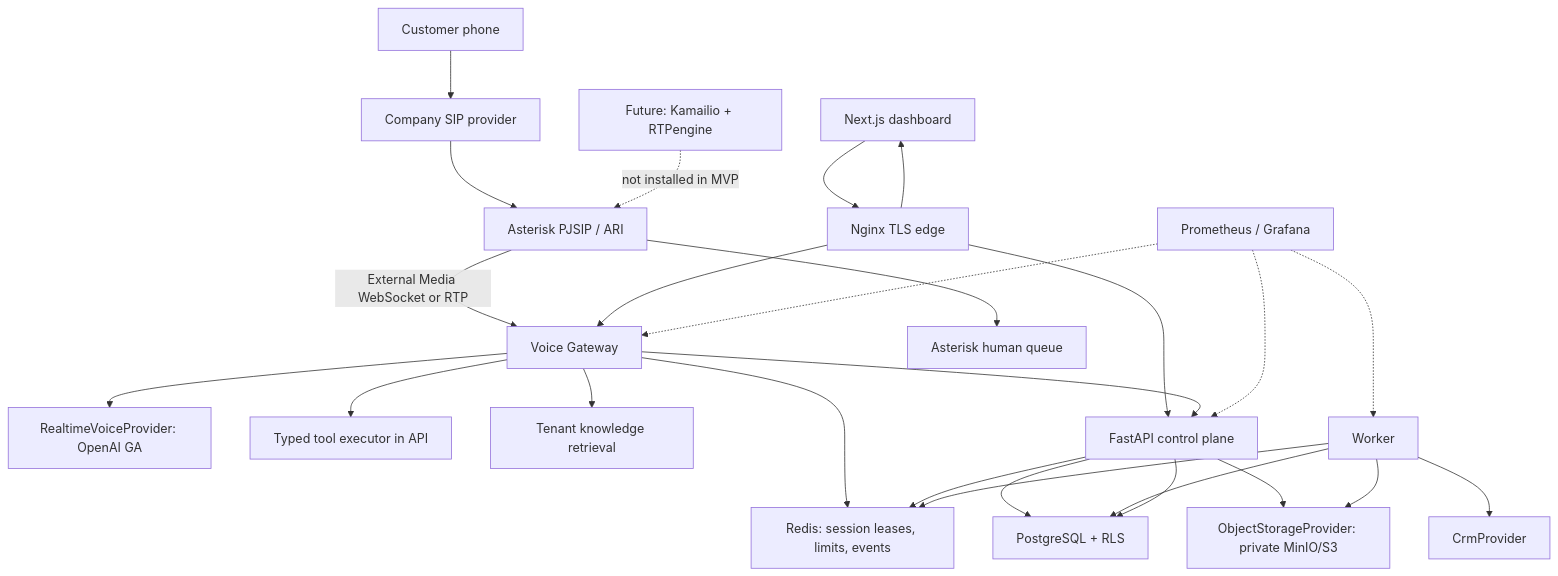
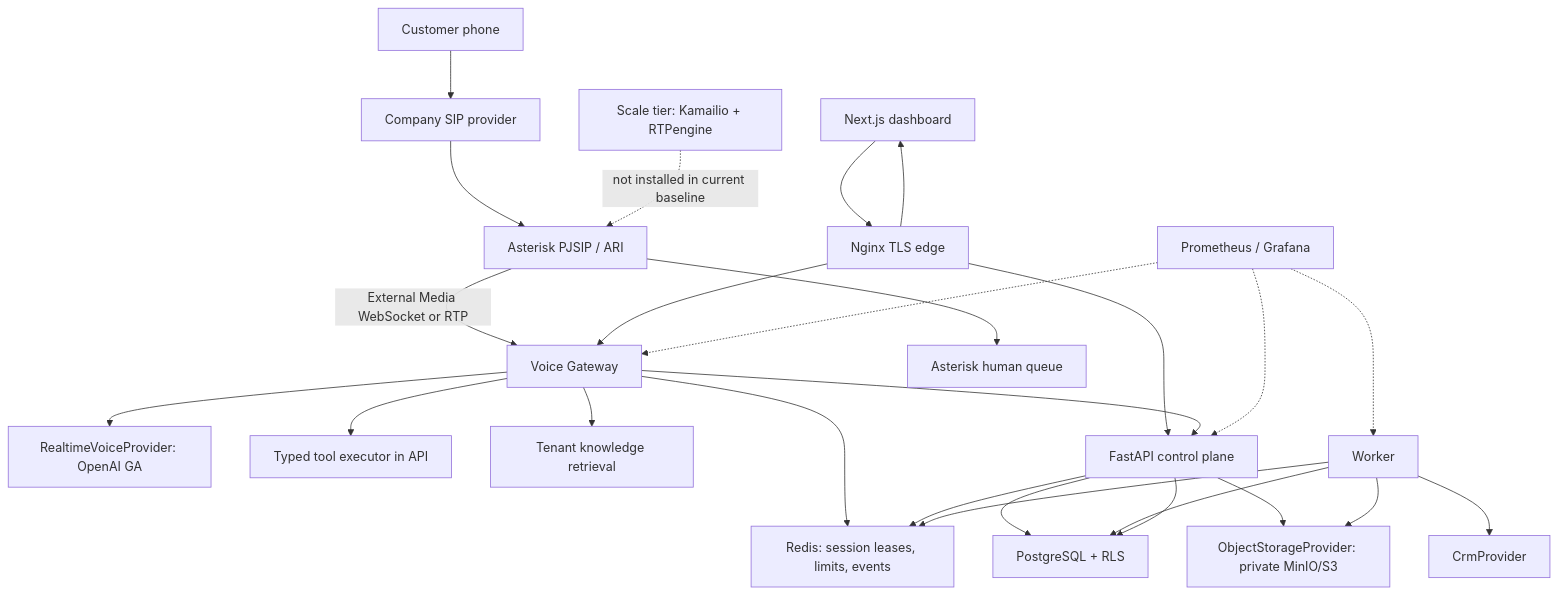
One commit to kenesbaev/callcenter changed the first of 6 diagrams in docs/architecture.md. Above: the diagram before and after it, drawn with Mermaid. The commit also changed 17 other files, not shown here.

````diff
--- a/docs/architecture.md
+++ b/docs/architecture.md
@@ -19,28 +19,28 @@
 ```mermaid
 flowchart TD
     Caller["Customer phone"] --> Carrier["Company SIP provider"]
     Carrier --> PBX["Asterisk PJSIP / ARI"]
     PBX -->|"External Media WebSocket or RTP"| Gateway["Voice Gateway"]
     Gateway --> Realtime["RealtimeVoiceProvider: OpenAI GA"]
     Gateway --> ToolAPI["Typed tool executor in API"]
     Gateway --> Knowledge["Tenant knowledge retrieval"]
     PBX --> Queue["Asterisk human queue"]
     Gateway --> Redis["Redis: session leases, limits, events"]
     API["FastAPI control plane"] --> Postgres["PostgreSQL + RLS"]
     API --> Redis
     API --> Storage["ObjectStorageProvider: private MinIO/S3"]
     Worker["Worker"] --> Postgres
     Worker --> Redis
     Worker --> Storage
     Worker --> CRM["CrmProvider"]
     Web["Next.js dashboard"] --> Nginx["Nginx TLS edge"]
     Nginx --> API
     Nginx --> Web
     Nginx --> Gateway
     API --> Postgres
     Gateway --> API
     Metrics["Prometheus / Grafana"] -.-> API
     Metrics -.-> Gateway
     Metrics -.-> Worker
-    Future["Future: Kamailio + RTPengine"] -. "not installed in MVP" .-> PBX
+    Future["Scale tier: Kamailio + RTPengine"] -. "not installed in current baseline" .-> PBX
 ```
````
